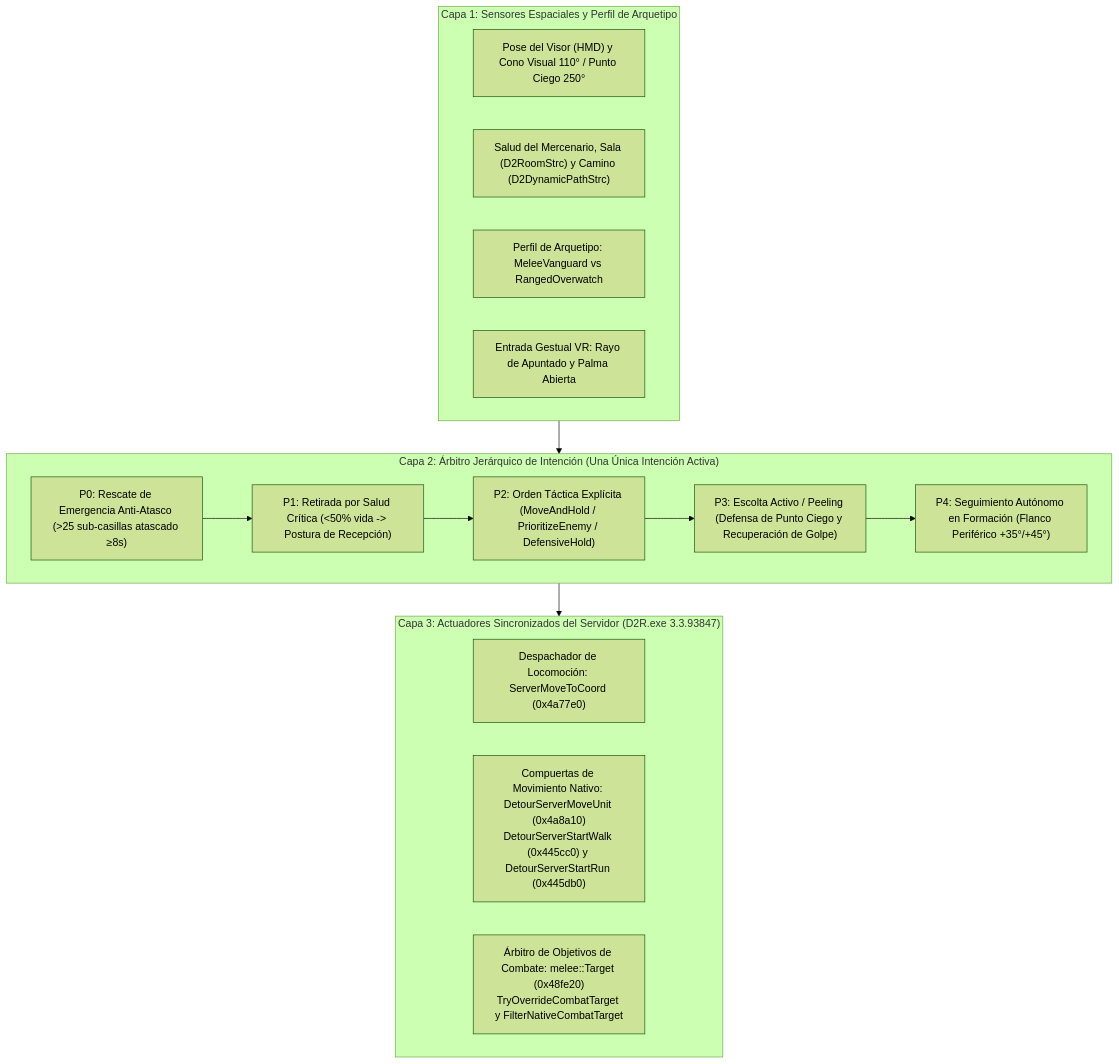
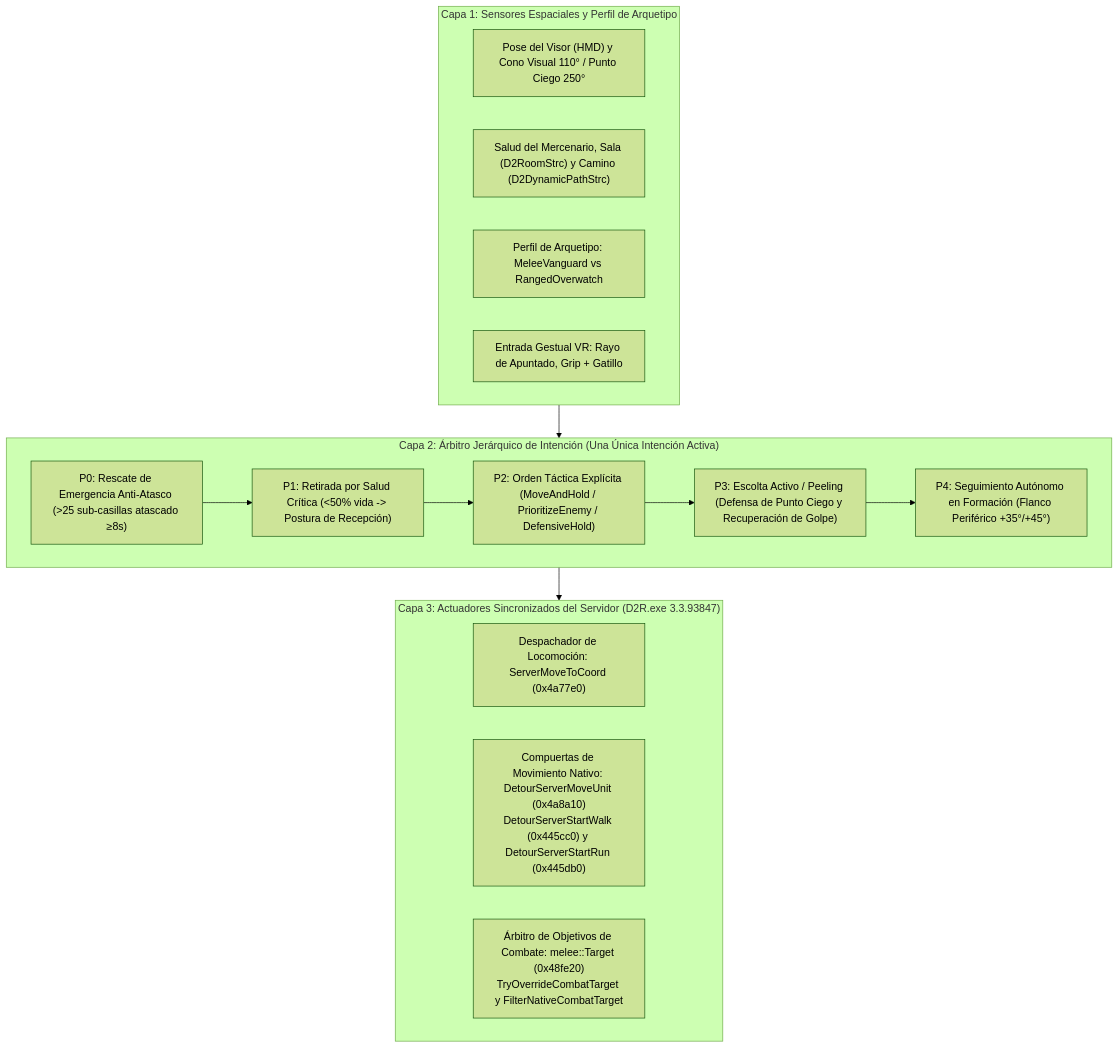
Before and after one commit to bearstonem/d2r-pcvr: the diagram in docs/es/VR_COMPANION_AI.md, drawn with Mermaid (forest theme). The commit also changed 5 other files, not shown here.

````diff
--- a/docs/es/VR_COMPANION_AI.md
+++ b/docs/es/VR_COMPANION_AI.md
@@ -19,26 +19,26 @@
 ```mermaid
 flowchart TD
     subgraph L1["Capa 1: Sensores Espaciales y Perfil de Arquetipo"]
         S1["Pose del Visor (HMD) y Cono Visual 110° / Punto Ciego 250°"]
         S2["Salud del Mercenario, Sala (D2RoomStrc) y Camino (D2DynamicPathStrc)"]
         S3["Perfil de Arquetipo: MeleeVanguard vs RangedOverwatch"]
-        S4["Entrada Gestual VR: Rayo de Apuntado y Palma Abierta"]
+        S4["Entrada Gestual VR: Rayo de Apuntado, Grip + Gatillo"]
     end
 
     subgraph L2["Capa 2: Árbitro Jerárquico de Intención (Una Única Intención Activa)"]
         P0["P0: Rescate de Emergencia Anti-Atasco (>25 sub-casillas atascado ≥8s)"]
         P1["P1: Retirada por Salud Crítica (<50% vida -> Postura de Recepción)"]
         P2["P2: Orden Táctica Explícita (MoveAndHold / PrioritizeEnemy / DefensiveHold)"]
         P3["P3: Escolta Activo / Peeling (Defensa de Punto Ciego y Recuperación de Golpe)"]
         P4["P4: Seguimiento Autónomo en Formación (Flanco Periférico +35°/+45°)"]
         P0 --> P1 --> P2 --> P3 --> P4
     end
 
     subgraph L3["Capa 3: Actuadores Sincronizados del Servidor (D2R.exe 3.3.93847)"]
         A1["Despachador de Locomoción: ServerMoveToCoord (0x4a77e0)"]
         A2["Compuertas de Movimiento Nativo: DetourServerMoveUnit (0x4a8a10)<br/>DetourServerStartWalk (0x445cc0) y DetourServerStartRun (0x445db0)"]
         A3["Árbitro de Objetivos de Combate: melee::Target (0x48fe20)<br/>TryOverrideCombatTarget y FilterNativeCombatTarget"]
     end
 
     L1 --> L2 --> L3
 ```
````
